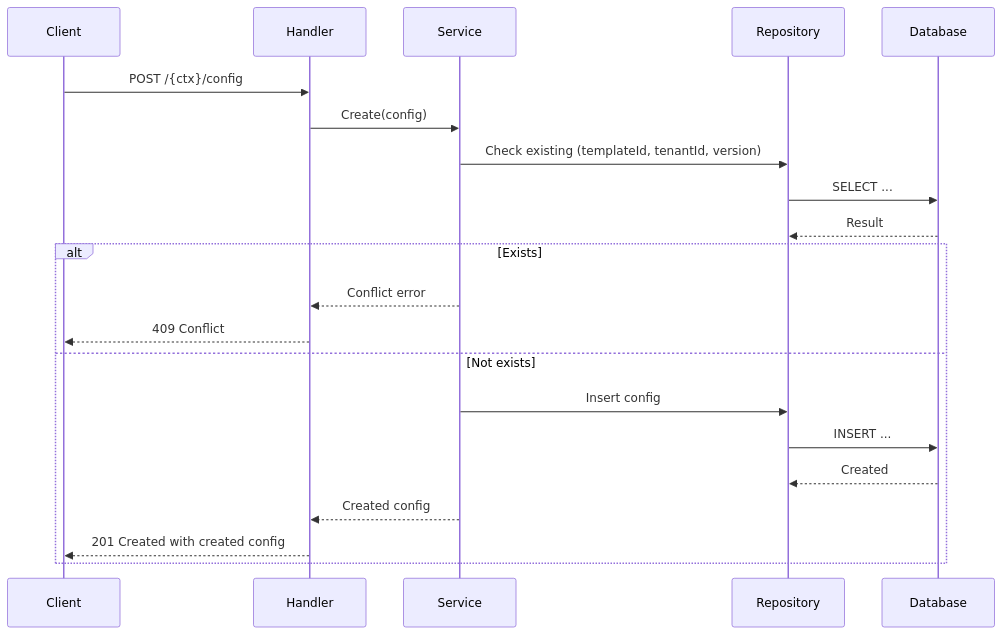
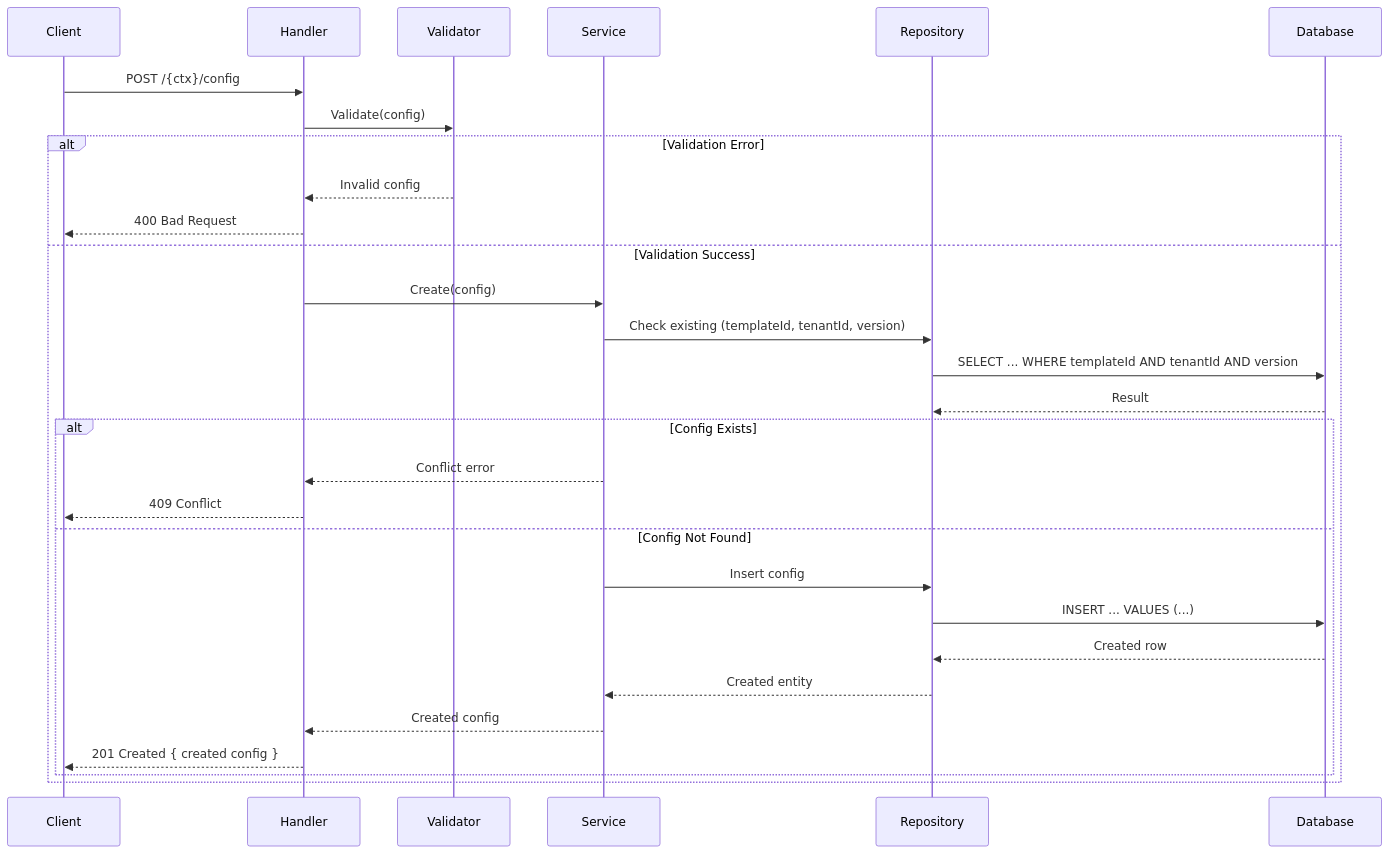
Before and after one commit to anishEgov/digit3: the second of 6 diagrams in code/services/template-config/README.md, drawn with Mermaid. The commit also changed other lines of this file, not shown here.

Commit message:
Modified template-config README.md

````diff
--- a/code/services/template-config/README.md
+++ b/code/services/template-config/README.md
@@ -214,26 +214,34 @@
 ```mermaid
 sequenceDiagram
     participant Client
     participant Handler
+    participant Validator
     participant Service
     participant Repository
     participant Database
 
     Client->>Handler: POST /{ctx}/config
-    Handler->>Service: Create(config)
+    Handler->>Validator: Validate(config)
 
-    Service->>Repository: Check existing (templateId, tenantId, version)
-    Repository->>Database: SELECT ...
-    Database-->>Repository: Result
+    alt Validation Error
+        Validator-->>Handler: Invalid config
+        Handler-->>Client: 400 Bad Request
+    else Validation Success
+        Handler->>Service: Create(config)
+        Service->>Repository: Check existing (templateId, tenantId, version)
+        Repository->>Database: SELECT ... WHERE templateId AND tenantId AND version
+        Database-->>Repository: Result
 
-    alt Exists
-        Service-->>Handler: Conflict error
-        Handler-->>Client: 409 Conflict
-    else Not exists
-        Service->>Repository: Insert config
-        Repository->>Database: INSERT ...
-        Database-->>Repository: Created
-        Service-->>Handler: Created config
-        Handler-->>Client: 201 Created with created config
+        alt Config Exists
+            Service-->>Handler: Conflict error
+            Handler-->>Client: 409 Conflict
+        else Config Not Found
+            Service->>Repository: Insert config
+            Repository->>Database: INSERT ... VALUES (...)
+            Database-->>Repository: Created row
+            Repository-->>Service: Created entity
+            Service-->>Handler: Created config
+            Handler-->>Client: 201 Created { created config }
+        end
     end
 ```
````
